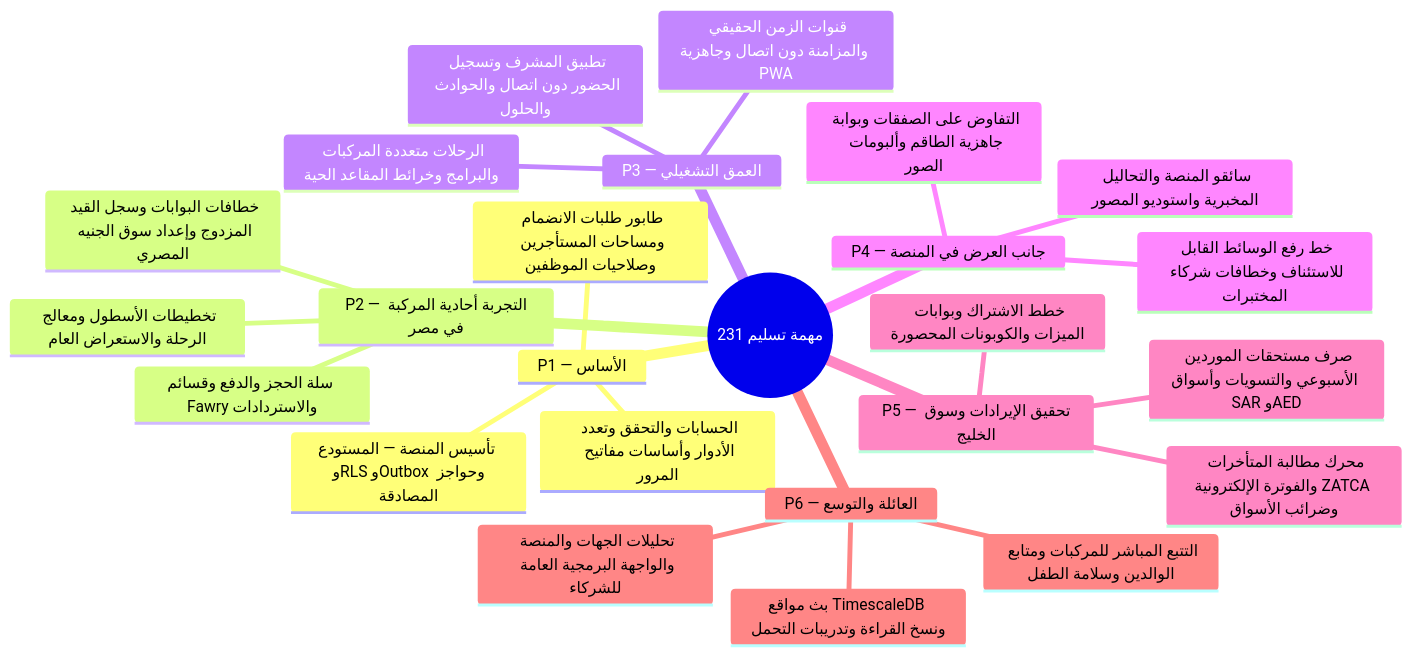
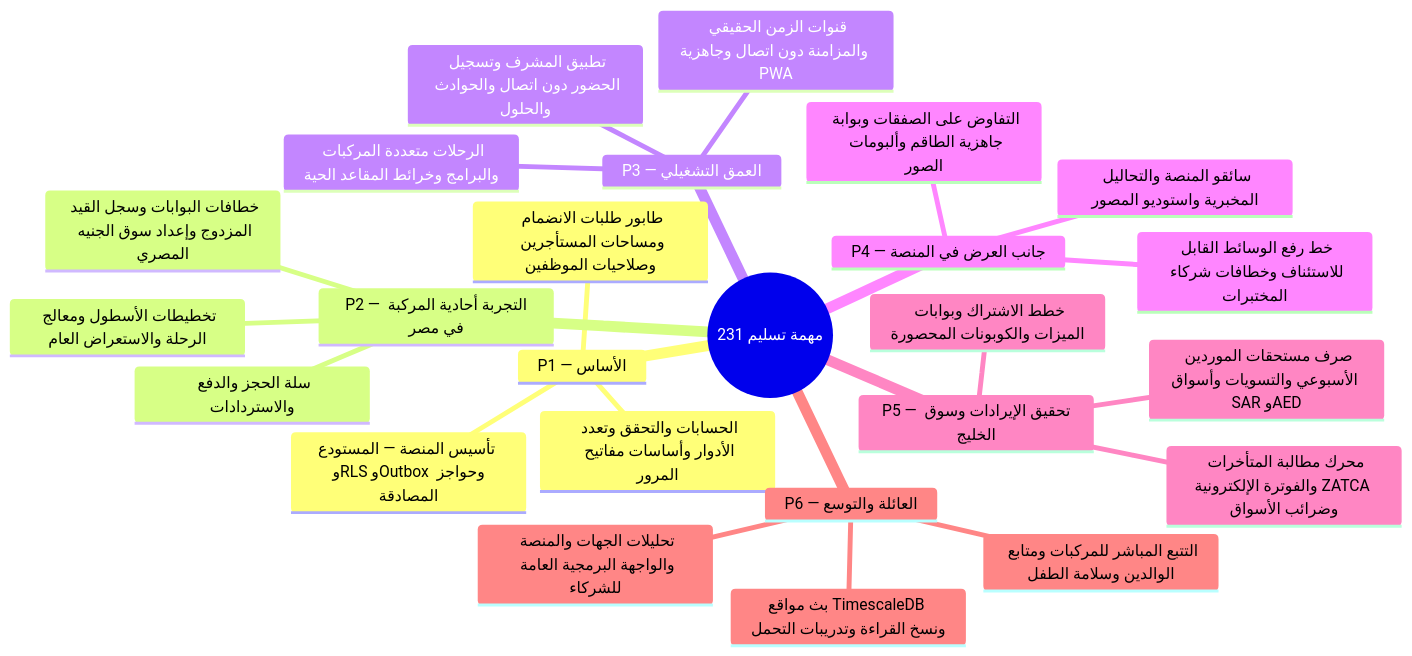
One commit to mohamedhabibwork/trips-enjoy-docs changed the second of 2 diagrams in content/docs/ar/plan/index.mdx. Above: the diagram before and after it, drawn with Mermaid. The commit also changed 117 other files, not shown here.

````diff
--- a/content/docs/ar/plan/index.mdx
+++ b/content/docs/ar/plan/index.mdx
@@ -101,28 +101,28 @@
 ```mermaid
 mindmap
   root(("231 مهمة تسليم"))
     P1 — الأساس
       تأسيس المنصة — المستودع وRLS وOutbox وحواجز المصادقة
       الحسابات والتحقق وتعدد الأدوار وأساسات مفاتيح المرور
       طابور طلبات الانضمام ومساحات المستأجرين وصلاحيات الموظفين
     P2 — التجربة أحادية المركبة في مصر
       خطافات البوابات وسجل القيد المزدوج وإعداد سوق الجنيه المصري
       تخطيطات الأسطول ومعالج الرحلة والاستعراض العام
-      سلة الحجز والدفع وقسائم Fawry والاستردادات
+      سلة الحجز والدفع والاستردادات
     P3 — العمق التشغيلي
       قنوات الزمن الحقيقي والمزامنة دون اتصال وجاهزية PWA
       الرحلات متعددة المركبات والبرامج وخرائط المقاعد الحية
       تطبيق المشرف وتسجيل الحضور دون اتصال والحوادث والحلول
     P4 — جانب العرض في المنصة
       خط رفع الوسائط القابل للاستئناف وخطافات شركاء المختبرات
       سائقو المنصة والتحاليل المخبرية واستوديو المصور
       التفاوض على الصفقات وبوابة جاهزية الطاقم وألبومات الصور
     P5 — تحقيق الإيرادات وسوق الخليج
       محرك مطالبة المتأخرات والفوترة الإلكترونية ZATCA وضرائب الأسواق
       خطط الاشتراك وبوابات الميزات والكوبونات المحصورة
       صرف مستحقات الموردين الأسبوعي والتسويات وأسواق SAR وAED
     P6 — العائلة والتوسع
       بث مواقع TimescaleDB ونسخ القراءة وتدريبات التحمل
       التتبع المباشر للمركبات ومتابع الوالدين وسلامة الطفل
       تحليلات الجهات والمنصة والواجهة البرمجية العامة للشركاء
 ```
````
